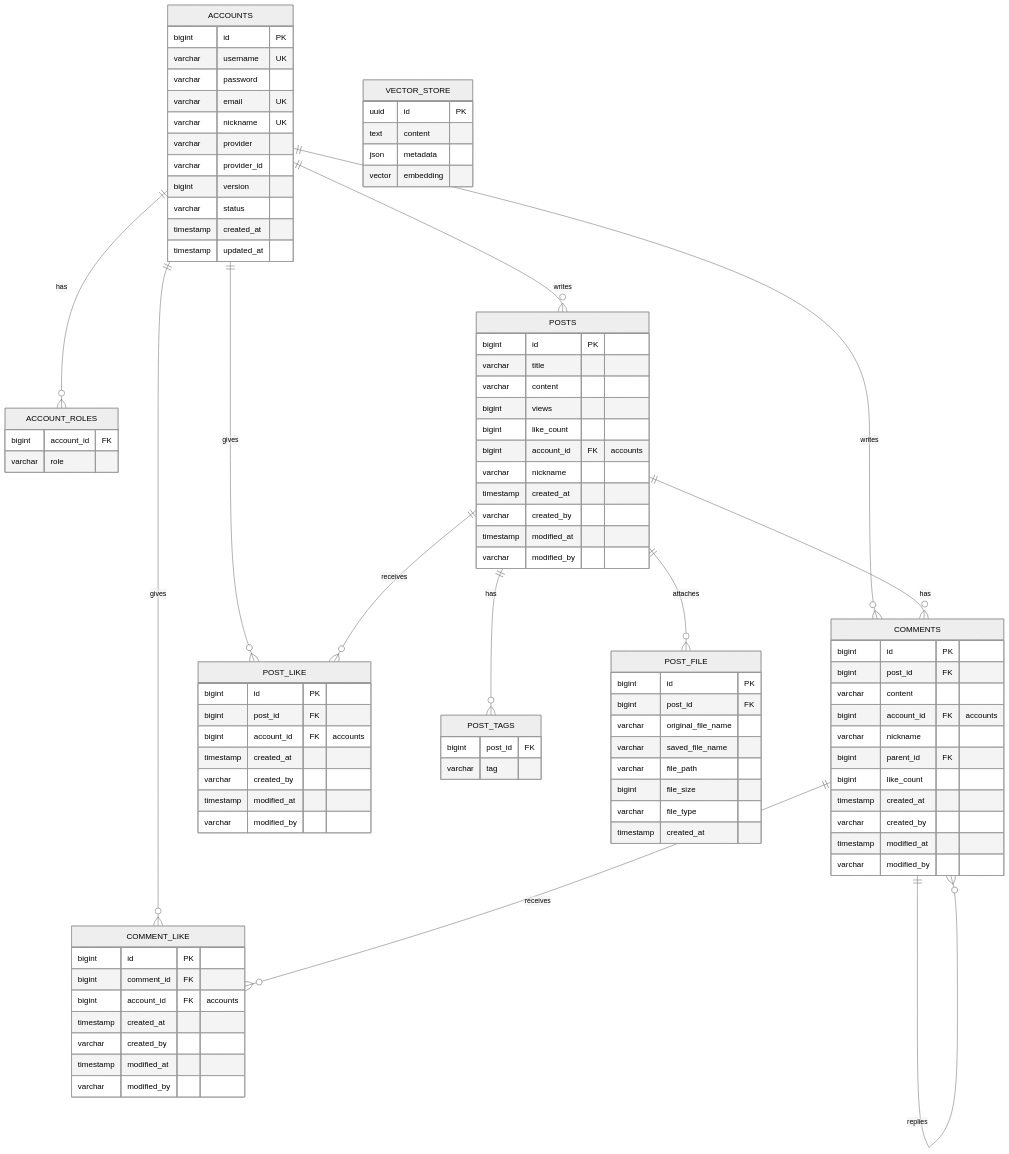
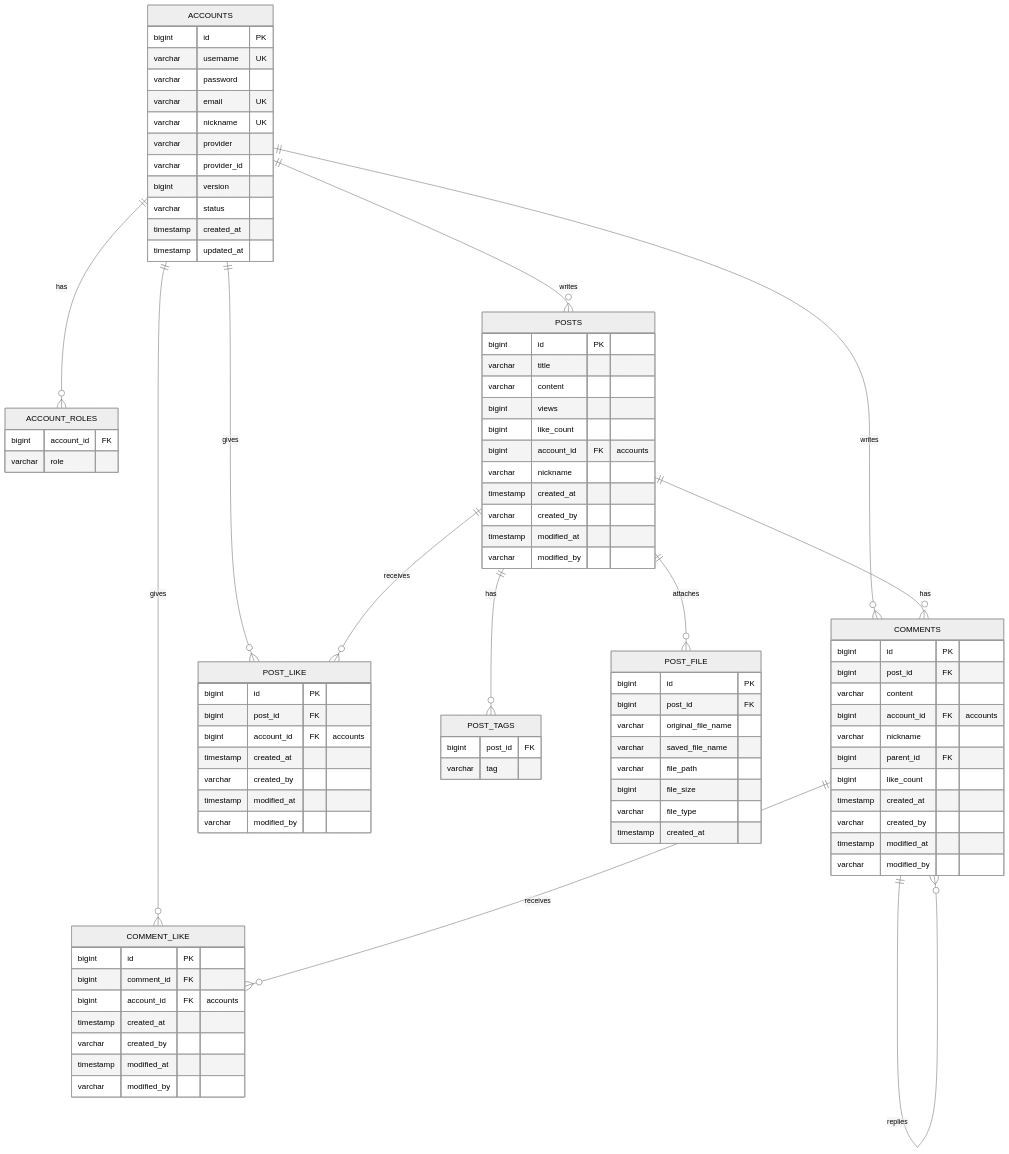
Before and after one commit to Rat2Race/post-forge: the diagram in docs/database/postforge-mvp-erd.md, drawn with Mermaid (neutral theme). The commit also changed other lines of this file and 68 other files, not shown here.

````diff
--- a/docs/database/postforge-mvp-erd.md
+++ b/docs/database/postforge-mvp-erd.md
@@ -105,10 +105,4 @@
         timestamp created_at
     }
 
-    VECTOR_STORE {
-        uuid id PK
-        text content
-        json metadata
-        vector embedding
-    }
 ```
````
